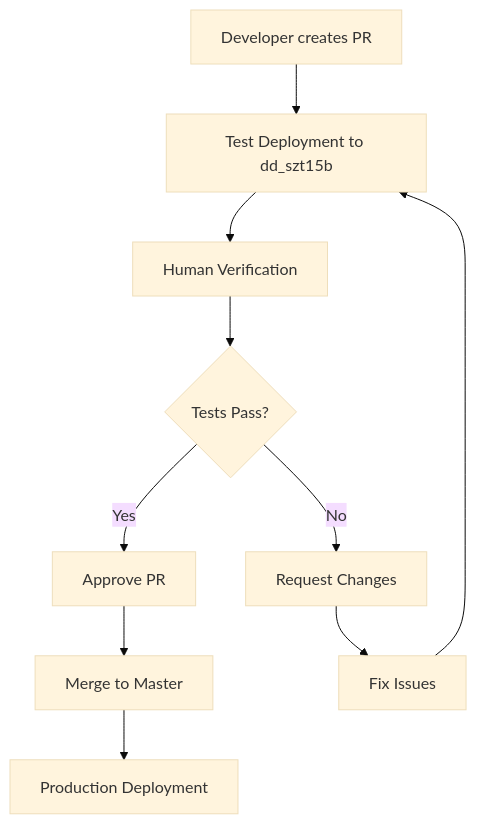
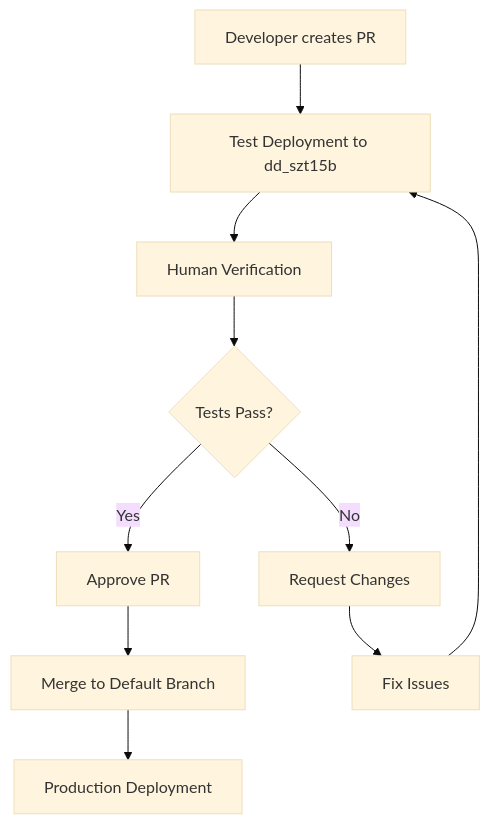
One commit to ddemlow/fleet-manager-gitops changed the diagram in TESTING_WORKFLOW.md. Above: the diagram before and after it, drawn with Mermaid (base theme). The commit also changed other lines of this file and 6 other files, not shown here.

````diff
--- a/TESTING_WORKFLOW.md
+++ b/TESTING_WORKFLOW.md
@@ -7,12 +7,12 @@
 ```mermaid
 graph TD
     A[Developer creates PR] --> B[Test Deployment to dd_szt15b]
     B --> C[Human Verification]
     C --> D{Tests Pass?}
     D -->|Yes| E[Approve PR]
     D -->|No| F[Request Changes]
-    E --> G[Merge to Master]
+    E --> G[Merge to Default Branch]
     F --> H[Fix Issues]
     H --> B
     G --> I[Production Deployment]
 ```
````
